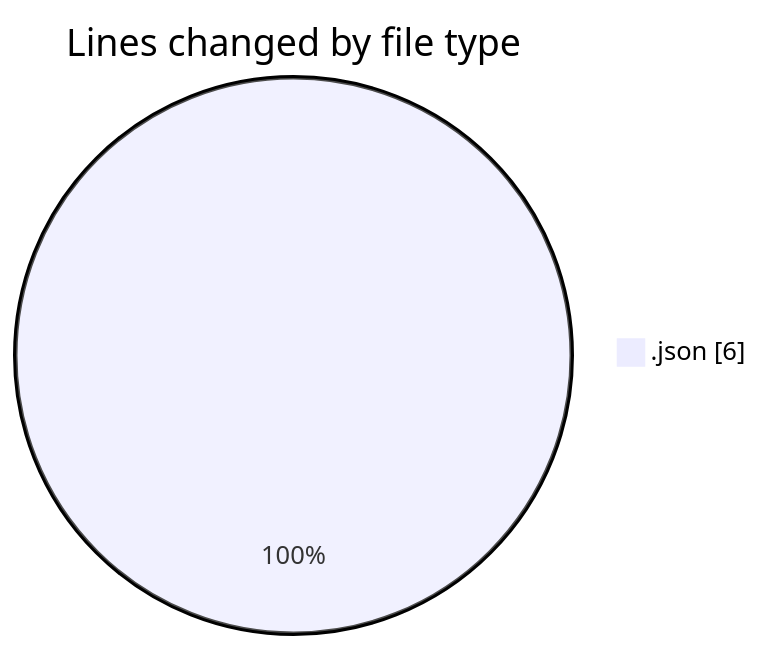
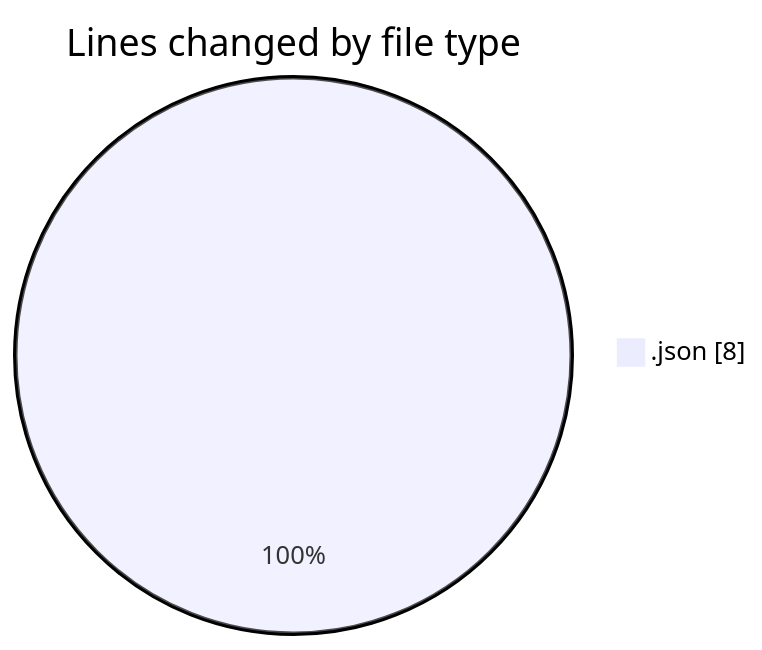
The first of 2 diagrams in 2025-08-18/fresh_start/README.md (EIIisD/code-tracking), drawn with Mermaid before and after one commit. The commit also changed other lines of this file and 1 other file, not shown here.

````diff
--- a/2025-08-18/fresh_start/README.md
+++ b/2025-08-18/fresh_start/README.md
@@ -20,5 +20,5 @@
 ```mermaid
 pie showData
 title Lines changed by file type
-".json" : 6
+".json" : 8
 ```
````
